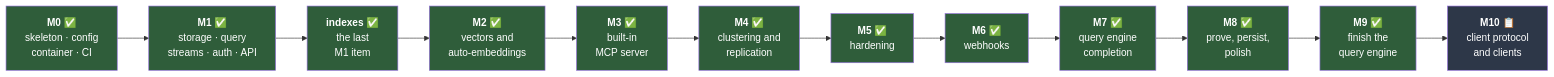
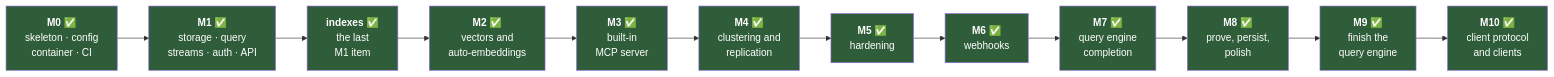
Before and after one commit to titusai-io/kimmydb: the first of 4 diagrams in docs/roadmap.md, drawn with Mermaid. The commit also changed other lines of this file and 15 other files, not shown here.

````diff
--- a/docs/roadmap.md
+++ b/docs/roadmap.md
@@ -12,30 +12,30 @@
 ```mermaid
 graph LR
     M0["<b>M0</b> ✅<br/>skeleton · config<br/>container · CI"]
     M1["<b>M1</b> ✅<br/>storage · query<br/>streams · auth · API"]
     IDX["<b>indexes</b> ✅<br/>the last<br/>M1 item"]
     M2["<b>M2</b> ✅<br/>vectors and<br/>auto-embeddings"]
     M3["<b>M3</b> ✅<br/>built-in<br/>MCP server"]
     M4["<b>M4</b> ✅<br/>clustering and<br/>replication"]
     M5["<b>M5</b> ✅<br/>hardening"]
     M6["<b>M6</b> ✅<br/>webhooks"]
     M7["<b>M7</b> ✅<br/>query engine<br/>completion"]
     M8["<b>M8</b> ✅<br/>prove, persist,<br/>polish"]
     M9["<b>M9</b> ✅<br/>finish the<br/>query engine"]
-    M10["<b>M10</b> 📋<br/>client protocol<br/>and clients"]
+    M10["<b>M10</b> ✅<br/>client protocol<br/>and clients"]
 
     M0 --> M1 --> IDX --> M2 --> M3 --> M4 --> M5 --> M6 --> M7 --> M8 --> M9 --> M10
 
     style M0 fill:#2f5d3a,color:#fff
     style M1 fill:#2f5d3a,color:#fff
     style IDX fill:#2f5d3a,color:#fff
     style M2 fill:#2f5d3a,color:#fff
     style M3 fill:#2f5d3a,color:#fff
     style M4 fill:#2f5d3a,color:#fff
     style M5 fill:#2f5d3a,color:#fff
     style M6 fill:#2f5d3a,color:#fff
     style M7 fill:#2f5d3a,color:#fff
     style M8 fill:#2f5d3a,color:#fff
     style M9 fill:#2f5d3a,color:#fff
-    style M10 fill:#2d3748,color:#fff
+    style M10 fill:#2f5d3a,color:#fff
 ```
````
